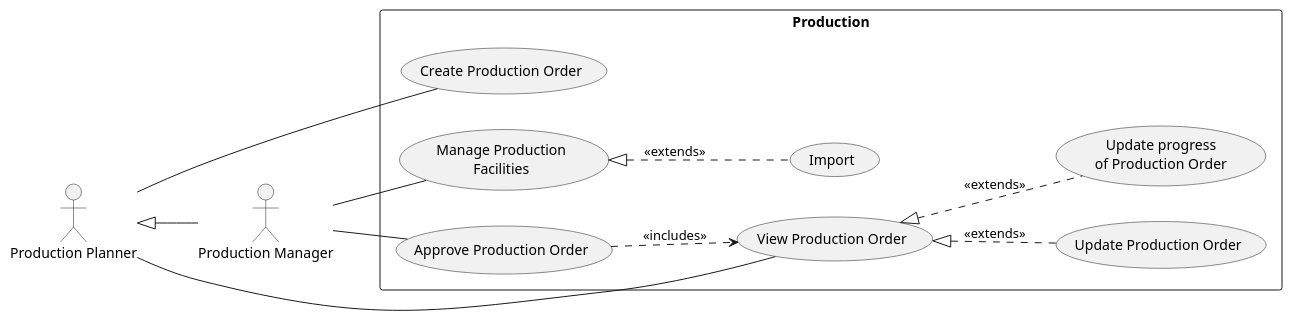
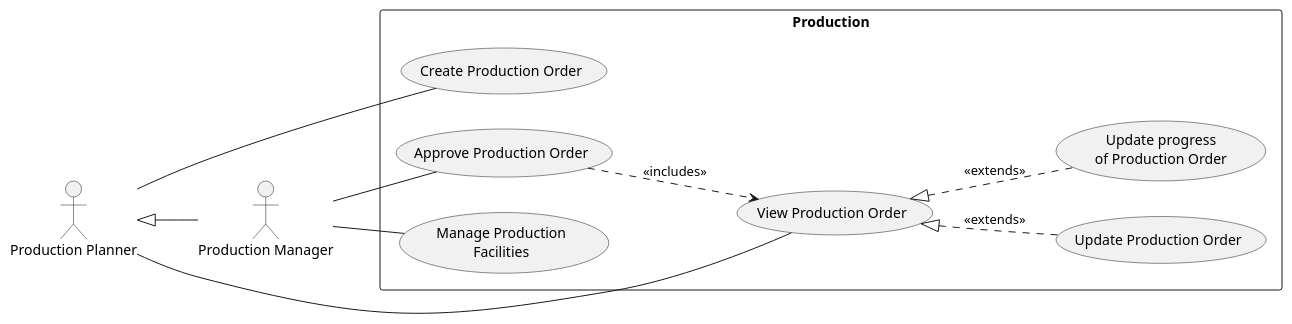
One commit to phihungha/scmss-reqs changed the diagram in use-cases/Production.plantuml. Above: the diagram before and after it, drawn with PlantUML. The commit also changed 7 other files, not shown here.

```diff
--- a/use-cases/Production.plantuml
+++ b/use-cases/Production.plantuml
@@ -1,20 +1,19 @@
 @startuml production
 left to right direction
 
 :Production Planner: as pp
 :Production Manager: as pm
 pp <|-- pm
 
 rectangle Production {
   pp -- (View Production Order)
   pp -- (Create Production Order)
   (View Production Order) <|.. (Update Production Order) : <<extends>>
   (View Production Order) <|.. (Update progress\nof Production Order) : <<extends>>
 
   pm -- (Approve Production Order)
   (Approve Production Order) ..> (View Production Order) : <<includes>>
 
   pm -- (Manage Production\nFacilities)
-  (Manage Production\nFacilities) <|.. (Import) : <<extends>>
 }
 @enduml
```
